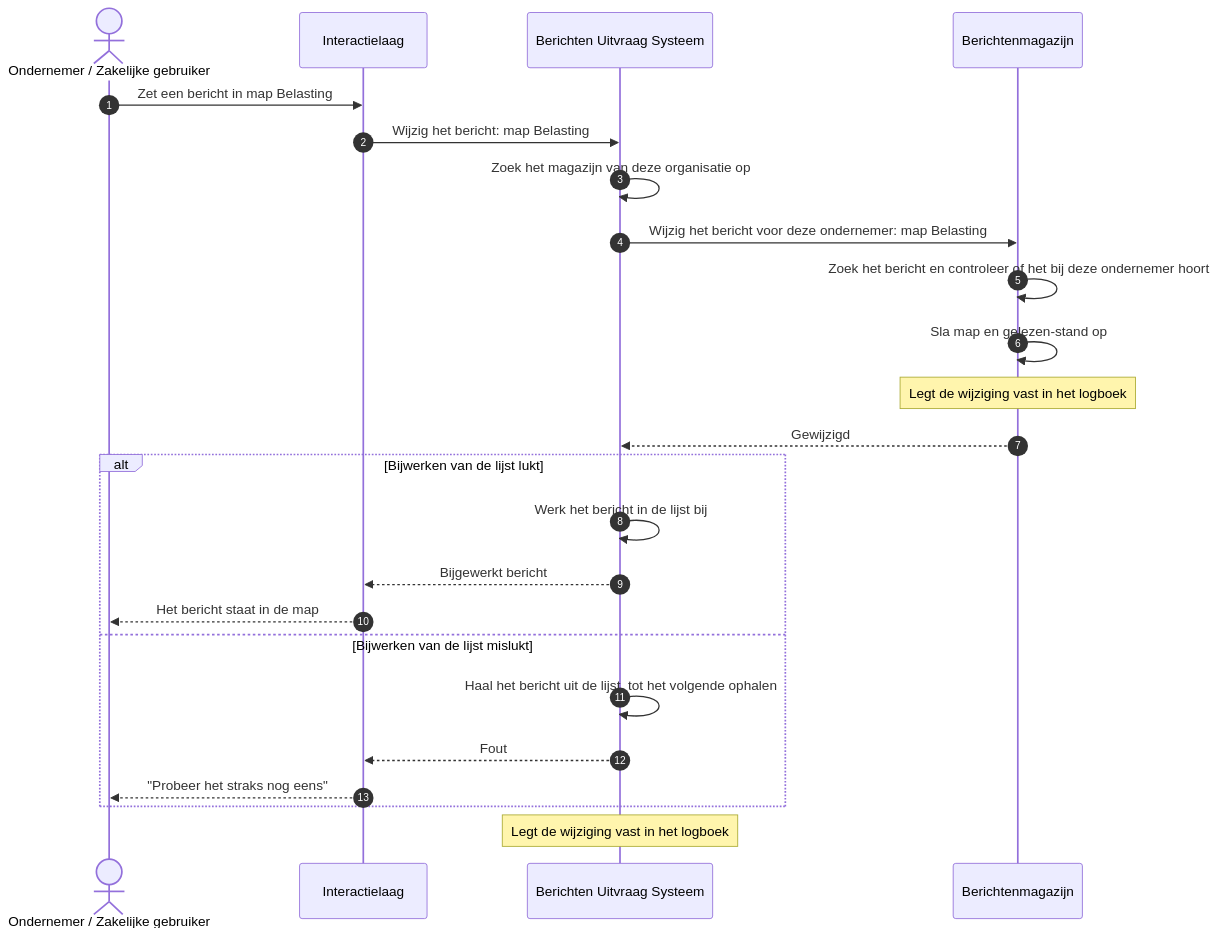
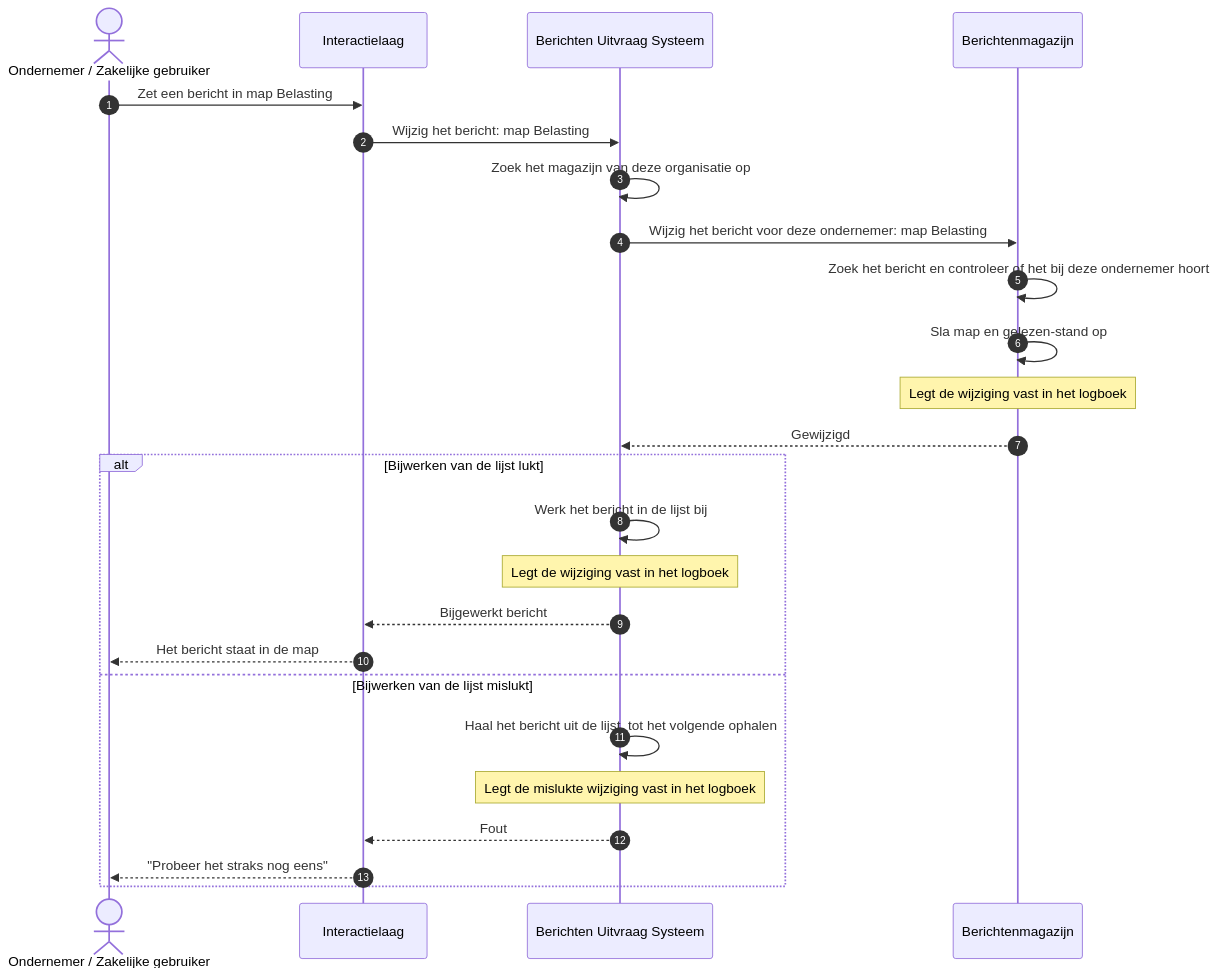
Before and after one commit to MinBZK/moza-poc-fbs-berichtenbox: the diagram in docs/architecture/workspace-docs/11-uc7-bericht-verplaatsen.md, drawn with Mermaid. The commit also changed 14 other files, not shown here.

````diff
--- a/docs/architecture/workspace-docs/11-uc7-bericht-verplaatsen.md
+++ b/docs/architecture/workspace-docs/11-uc7-bericht-verplaatsen.md
@@ -29,27 +29,28 @@
 ```mermaid
 sequenceDiagram
     autonumber
     actor OND as Ondernemer / Zakelijke gebruiker
     participant IL as Interactielaag
     participant FBS as Berichten Uitvraag Systeem
     participant MAG as Berichtenmagazijn
 
     OND->>IL: Zet een bericht in map Belasting
     IL->>FBS: Wijzig het bericht: map Belasting
     FBS->>FBS: Zoek het magazijn van deze organisatie op
     FBS->>MAG: Wijzig het bericht voor deze ondernemer: map Belasting
     MAG->>MAG: Zoek het bericht en controleer of het bij deze ondernemer hoort
     MAG->>MAG: Sla map en gelezen-stand op
     Note over MAG: Legt de wijziging vast in het logboek
     MAG-->>FBS: Gewijzigd
     alt Bijwerken van de lijst lukt
         FBS->>FBS: Werk het bericht in de lijst bij
+        Note over FBS: Legt de wijziging vast in het logboek
         FBS-->>IL: Bijgewerkt bericht
         IL-->>OND: Het bericht staat in de map
     else Bijwerken van de lijst mislukt
         FBS->>FBS: Haal het bericht uit de lijst, tot het volgende ophalen
+        Note over FBS: Legt de mislukte wijziging vast in het logboek
         FBS-->>IL: Fout
         IL-->>OND: "Probeer het straks nog eens"
     end
-    Note over FBS: Legt de wijziging vast in het logboek
 ```
````
